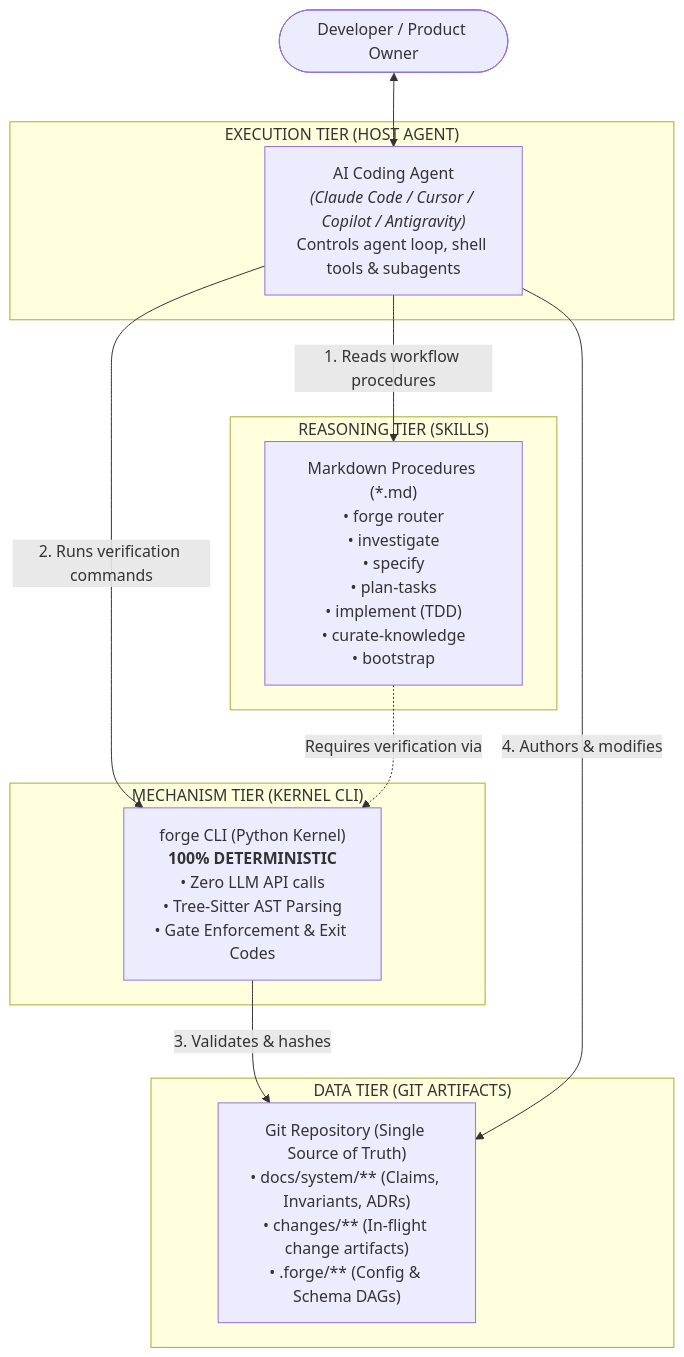
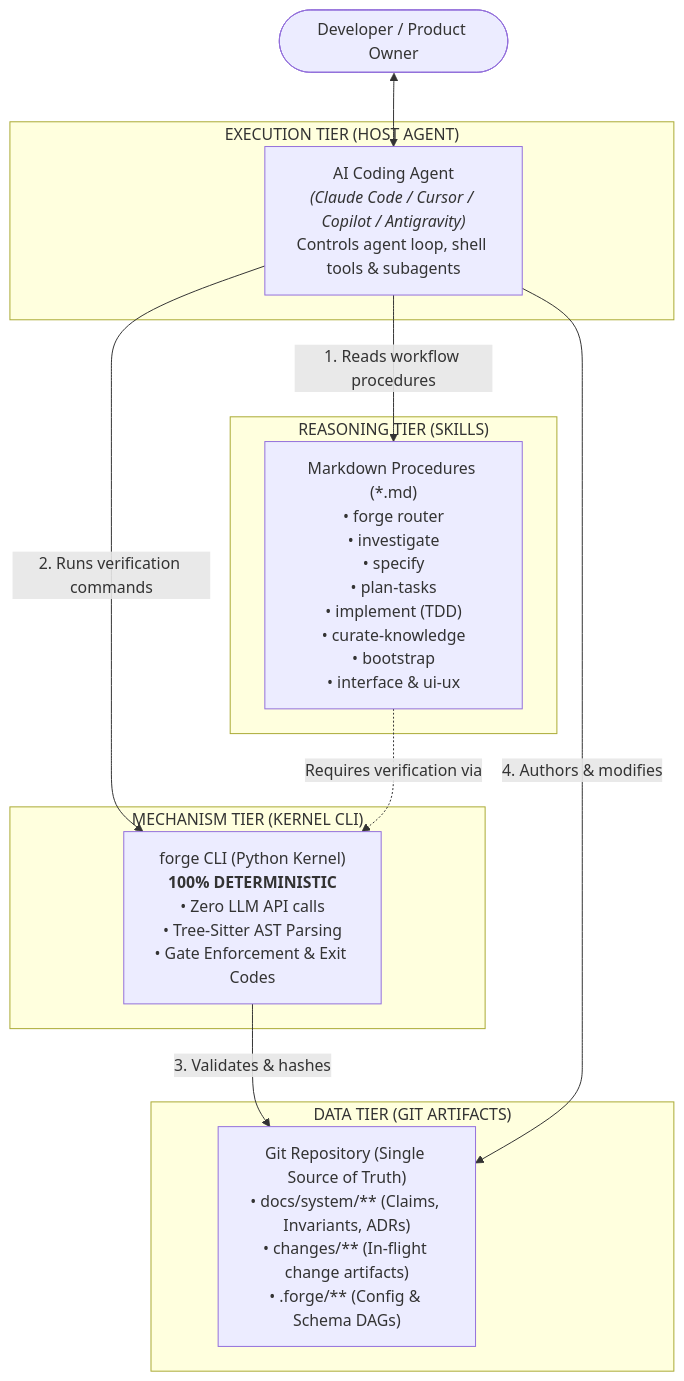
One commit to CodeGenLabs/forge-harness changed the second of 2 diagrams in README.md. Above: the diagram before and after it, drawn with Mermaid. The commit also changed other lines of this file and 21 other files, not shown here.

````diff
--- a/README.md
+++ b/README.md
@@ -161,26 +166,26 @@
 ```mermaid
 graph TD
     User([Developer / Product Owner]) <--> HostAgent
 
     subgraph Host["EXECUTION TIER (HOST AGENT)"]
         HostAgent["AI Coding Agent<br><i>(Claude Code / Cursor / Copilot / Antigravity)</i><br>Controls agent loop, shell tools & subagents"]
     end
 
     subgraph SkillsLayer["REASONING TIER (SKILLS)"]
-        Skills["Markdown Procedures (*.md)<br>• forge router<br>• investigate<br>• specify<br>• plan-tasks<br>• implement (TDD)<br>• curate-knowledge<br>• bootstrap"]
+        Skills["Markdown Procedures (*.md)<br>• forge router<br>• investigate<br>• specify<br>• plan-tasks<br>• implement (TDD)<br>• curate-knowledge<br>• bootstrap<br>• interface & ui-ux"]
     end
 
     subgraph KernelLayer["MECHANISM TIER (KERNEL CLI)"]
         Kernel["forge CLI (Python Kernel)<br><b>100% DETERMINISTIC</b><br>• Zero LLM API calls<br>• Tree-Sitter AST Parsing<br>• Gate Enforcement & Exit Codes"]
     end
 
     subgraph DataLayer["DATA TIER (GIT ARTIFACTS)"]
         GitStore["Git Repository (Single Source of Truth)<br>• docs/system/** (Claims, Invariants, ADRs)<br>• changes/** (In-flight change artifacts)<br>• .forge/** (Config & Schema DAGs)"]
     end
 
     HostAgent -->|1. Reads workflow procedures| Skills
     HostAgent -->|2. Runs verification commands| Kernel
     Skills -.->|Requires verification via| Kernel
     Kernel -->|3. Validates & hashes| GitStore
     HostAgent -->|4. Authors & modifies| GitStore
 ```
````
